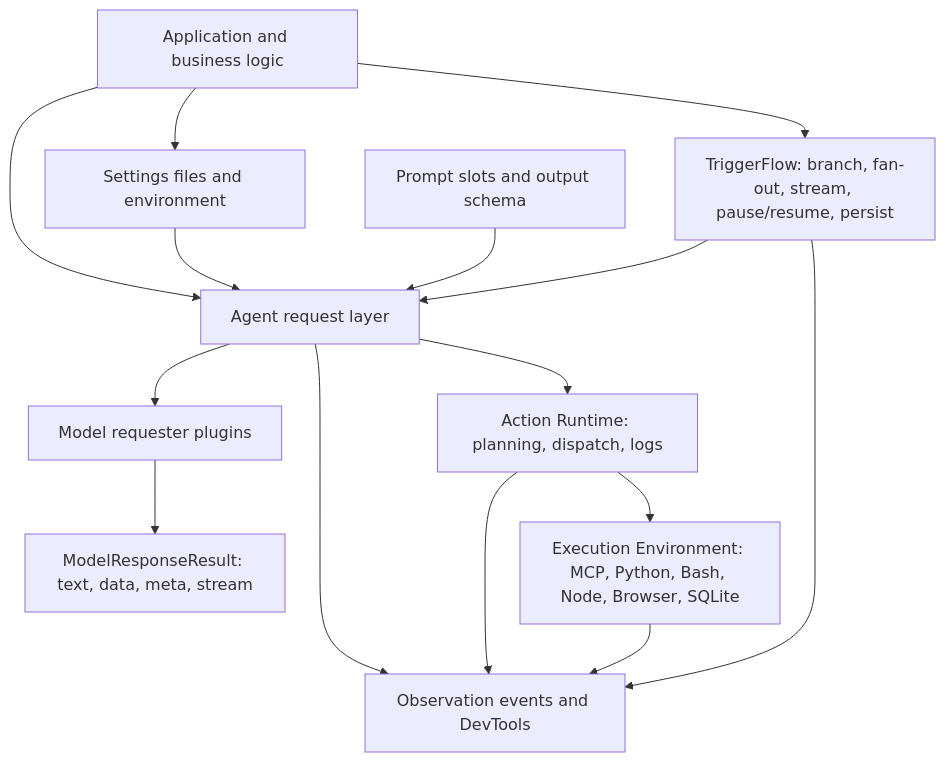
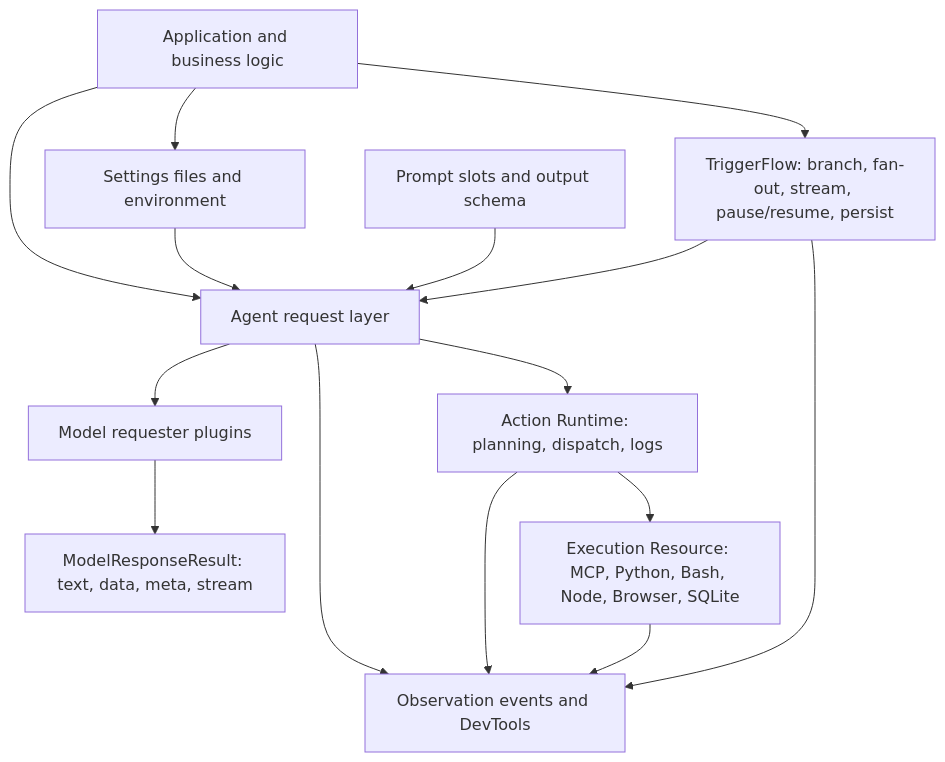
The first of 2 diagrams in README.md (reconsumeralization/Agently), drawn with Mermaid before and after one commit. The commit also changed other lines of this file and 12 other files, not shown here.

First line of the commit message:
refactor(execution-resource): close ExecutionEnvironment kill-list in examples/READMEs

````diff
--- a/README.md
+++ b/README.md
@@ -475,28 +475,28 @@
 ```mermaid
 graph TB
     App["Application and business logic"]
     Settings["Settings files and environment"]
     Prompt["Prompt slots and output schema"]
     Agent["Agent request layer"]
     Model["Model requester plugins"]
     Result["ModelResponseResult: text, data, meta, stream"]
     Action["Action Runtime: planning, dispatch, logs"]
-    Env["Execution Environment: MCP, Python, Bash, Node, Browser, SQLite"]
+    Env["Execution Resource: MCP, Python, Bash, Node, Browser, SQLite"]
     Flow["TriggerFlow: branch, fan-out, stream, pause/resume, persist"]
     Observe["Observation events and DevTools"]
 
     App --> Settings
     App --> Agent
     Settings --> Agent
     Prompt --> Agent
     Agent --> Model
     Model --> Result
     Agent --> Action
     Action --> Env
     App --> Flow
     Flow --> Agent
     Agent --> Observe
     Action --> Observe
     Env --> Observe
     Flow --> Observe
 ```
````
